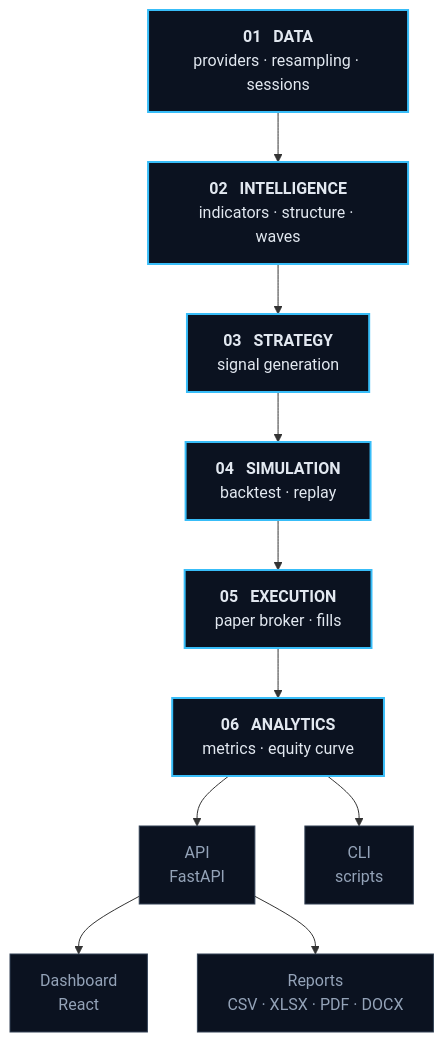
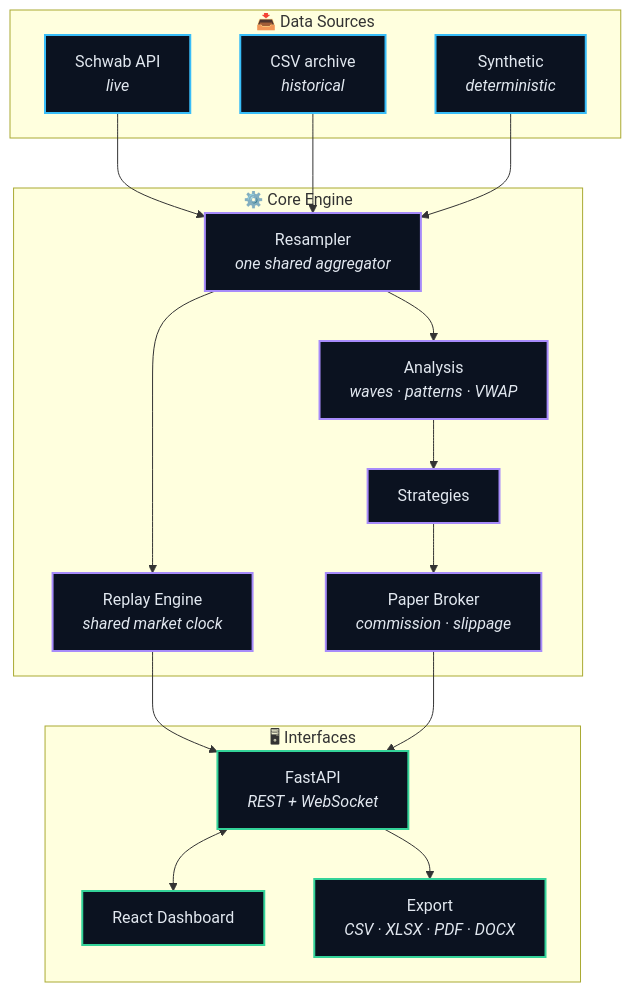
The second of 5 diagrams in README.md (wealthwise-advisors/trading-platform), drawn with Mermaid before and after one commit. The commit also changed other lines of this file and 22 other files, not shown here.

````diff
--- a/README.md
+++ b/README.md
@@ -46,21 +198,39 @@
 ```mermaid
-flowchart TD
-    D["<b>01 &nbsp; DATA</b><br/><span>providers · resampling · sessions</span>"]
-    I["<b>02 &nbsp; INTELLIGENCE</b><br/><span>indicators · structure · waves</span>"]
-    S["<b>03 &nbsp; STRATEGY</b><br/><span>signal generation</span>"]
-    B["<b>04 &nbsp; SIMULATION</b><br/><span>backtest · replay</span>"]
-    X["<b>05 &nbsp; EXECUTION</b><br/><span>paper broker · fills</span>"]
-    A["<b>06 &nbsp; ANALYTICS</b><br/><span>metrics · equity curve</span>"]
+flowchart TB
+    subgraph SRC["📥 Data Sources"]
+        SCH["Schwab API<br/><i>live</i>"]
+        CSV["CSV archive<br/><i>historical</i>"]
+        SYN["Synthetic<br/><i>deterministic</i>"]
+    end
 
-    D --> I --> S --> B --> X --> A
+    subgraph CORE["⚙️ Core Engine"]
+        RS["Resampler<br/><i>one shared aggregator</i>"]
+        AN["Analysis<br/><i>waves · patterns · VWAP</i>"]
+        ST["Strategies"]
+        BR["Paper Broker<br/><i>commission · slippage</i>"]
+        RE["Replay Engine<br/><i>shared market clock</i>"]
+    end
 
-    A --> API["API<br/><span>FastAPI</span>"]
-    A --> CLI["CLI<br/><span>scripts</span>"]
-    API --> UI["Dashboard<br/><span>React</span>"]
-    API --> REP["Reports<br/><span>CSV · XLSX · PDF · DOCX</span>"]
+    subgraph IF["🖥 Interfaces"]
+        API["FastAPI<br/><i>REST + WebSocket</i>"]
+        WEB["React Dashboard"]
+        EXP["Export<br/><i>CSV · XLSX · PDF · DOCX</i>"]
+    end
 
-    classDef core fill:#0b1220,stroke:#38bdf8,stroke-width:2px,color:#e2e8f0
-    classDef out  fill:#0b1220,stroke:#334155,stroke-width:1px,color:#94a3b8
-    class D,I,S,B,X,A core
-    class API,CLI,UI,REP out
+    SCH --> RS
+    CSV --> RS
+    SYN --> RS
+    RS --> AN --> ST --> BR
+    RS --> RE
+    RE --> API
+    BR --> API
+    API <--> WEB
+    API --> EXP
+
+    classDef src  fill:#0b1220,stroke:#38bdf8,stroke-width:2px,color:#e2e8f0
+    classDef core fill:#0b1220,stroke:#a78bfa,stroke-width:2px,color:#e2e8f0
+    classDef ifc  fill:#0b1220,stroke:#34d399,stroke-width:2px,color:#e2e8f0
+    class SCH,CSV,SYN src
+    class RS,AN,ST,BR,RE core
+    class API,WEB,EXP ifc
 ```
````
